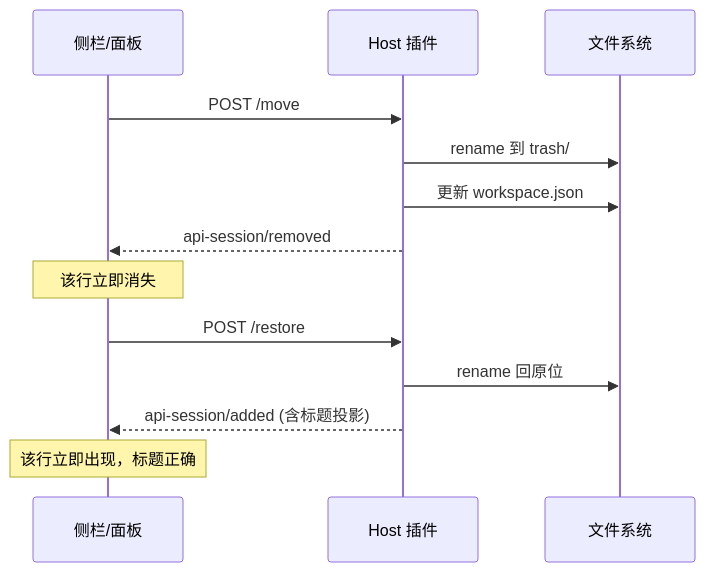
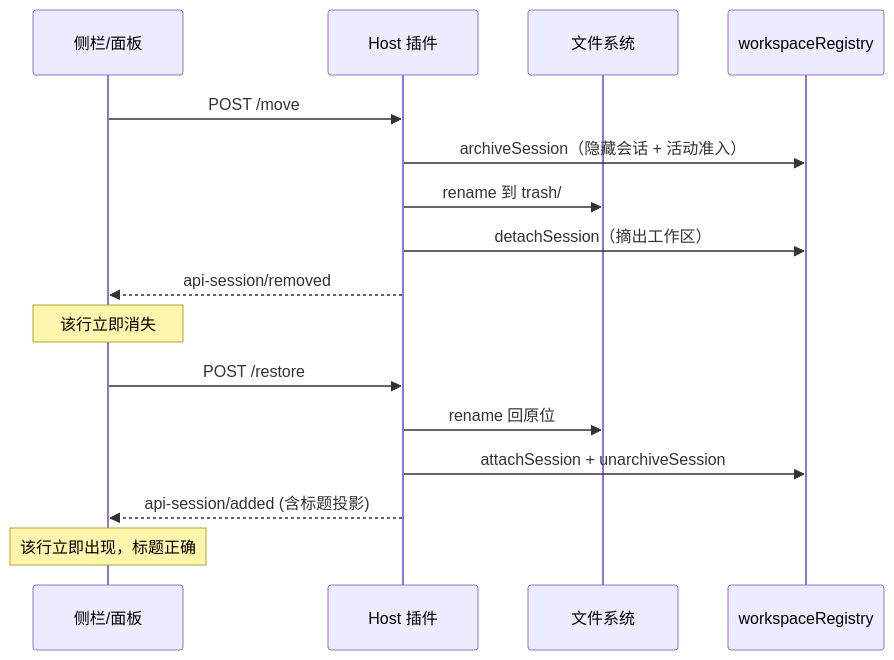
The diagram in README.md (LazyRa/dsh-session-trash), drawn with Mermaid before and after one commit. The commit also changed other lines of this file and 4 other files, not shown here.

````diff
--- a/README.md
+++ b/README.md
@@ -194,17 +231,20 @@
 ```mermaid
 sequenceDiagram
     participant UI as 侧栏/面板
     participant Host as Host 插件
     participant FS as 文件系统
+    participant Reg as workspaceRegistry
 
     UI->>Host: POST /move
+    Host->>Reg: archiveSession（隐藏会话 + 活动准入）
     Host->>FS: rename 到 trash/
-    Host->>FS: 更新 workspace.json
+    Host->>Reg: detachSession（摘出工作区）
     Host-->>UI: api-session/removed
     Note over UI: 该行立即消失
 
     UI->>Host: POST /restore
     Host->>FS: rename 回原位
+    Host->>Reg: attachSession + unarchiveSession
     Host-->>UI: api-session/added (含标题投影)
     Note over UI: 该行立即出现，标题正确
 ```
````
